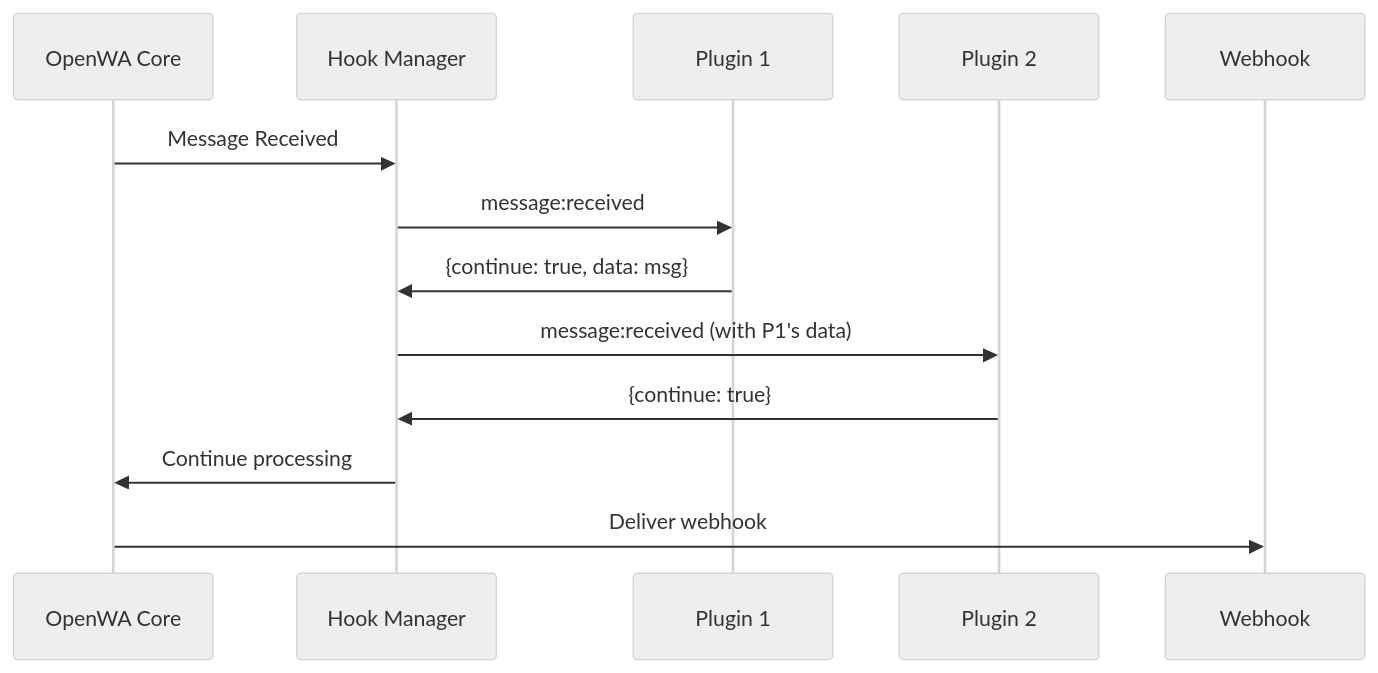
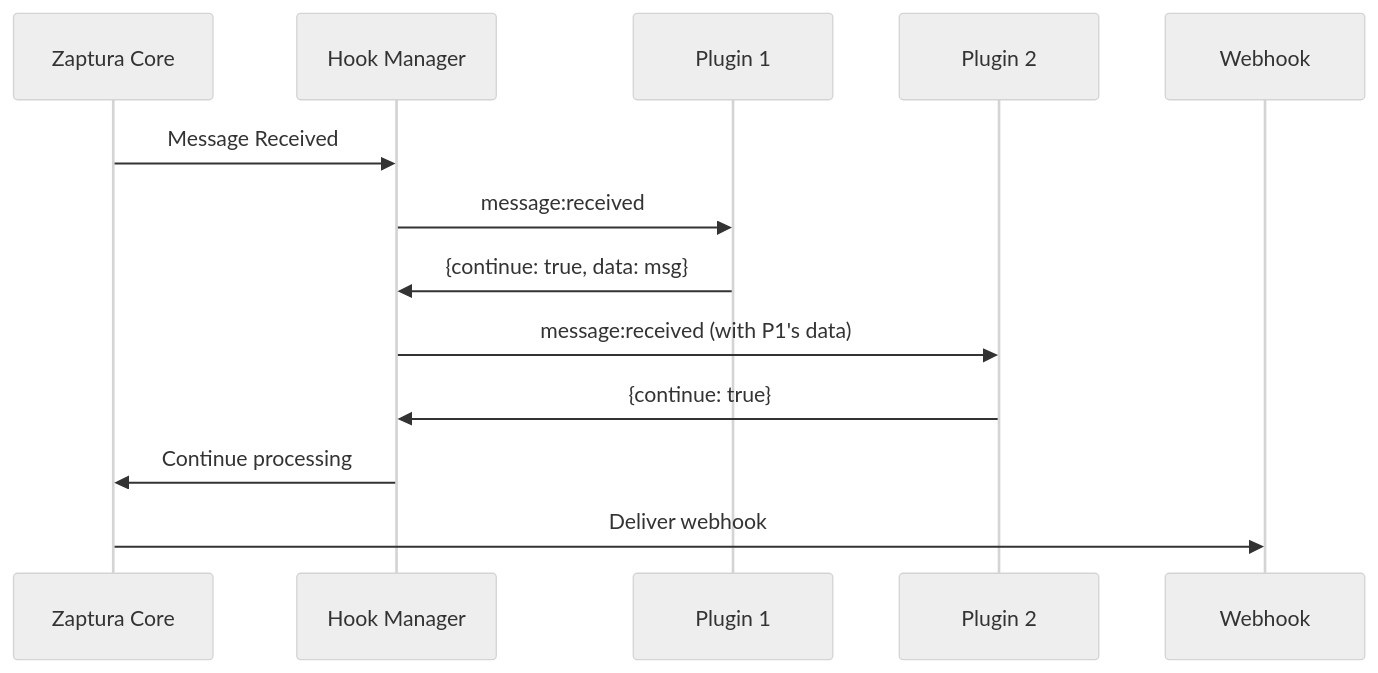
One commit to AsmSafone/Whatsapp-SaaS changed the third of 3 diagrams in docs/19-plugin-architecture.md. Above: the diagram before and after it, drawn with Mermaid (neutral theme). The commit also changed other lines of this file and 940 other files, not shown here.

````diff
--- a/docs/19-plugin-architecture.md
+++ b/docs/19-plugin-architecture.md
@@ -380,16 +380,16 @@
 ```mermaid
 sequenceDiagram
-    participant Core as OpenWA Core
+    participant Core as Zaptura Core
     participant HM as Hook Manager
     participant P1 as Plugin 1
     participant P2 as Plugin 2
     participant WH as Webhook
 
     Core->>HM: Message Received
     HM->>P1: message:received
     P1->>HM: {continue: true, data: msg}
     HM->>P2: message:received (with P1's data)
     P2->>HM: {continue: true}
     HM->>Core: Continue processing
     Core->>WH: Deliver webhook
 ```
````
